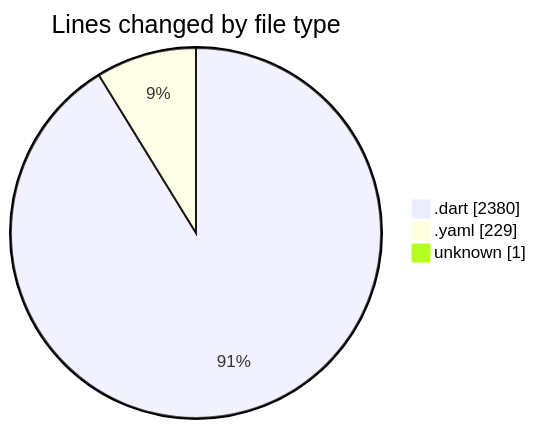
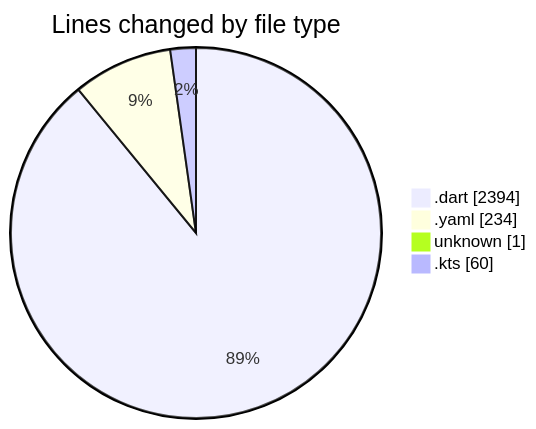
Before and after one commit to donsfak/code-tracking: the first of 2 diagrams in 2025-03-08/uber_clone/README.md, drawn with Mermaid. The commit also changed other lines of this file and 1 other file, not shown here.

````diff
--- a/2025-03-08/uber_clone/README.md
+++ b/2025-03-08/uber_clone/README.md
@@ -24,7 +25,8 @@
 ```mermaid
 pie showData
 title Lines changed by file type
-".dart" : 2380
-".yaml" : 229
+".dart" : 2394
+".yaml" : 234
 "unknown" : 1
+".kts" : 60
 ```
````
